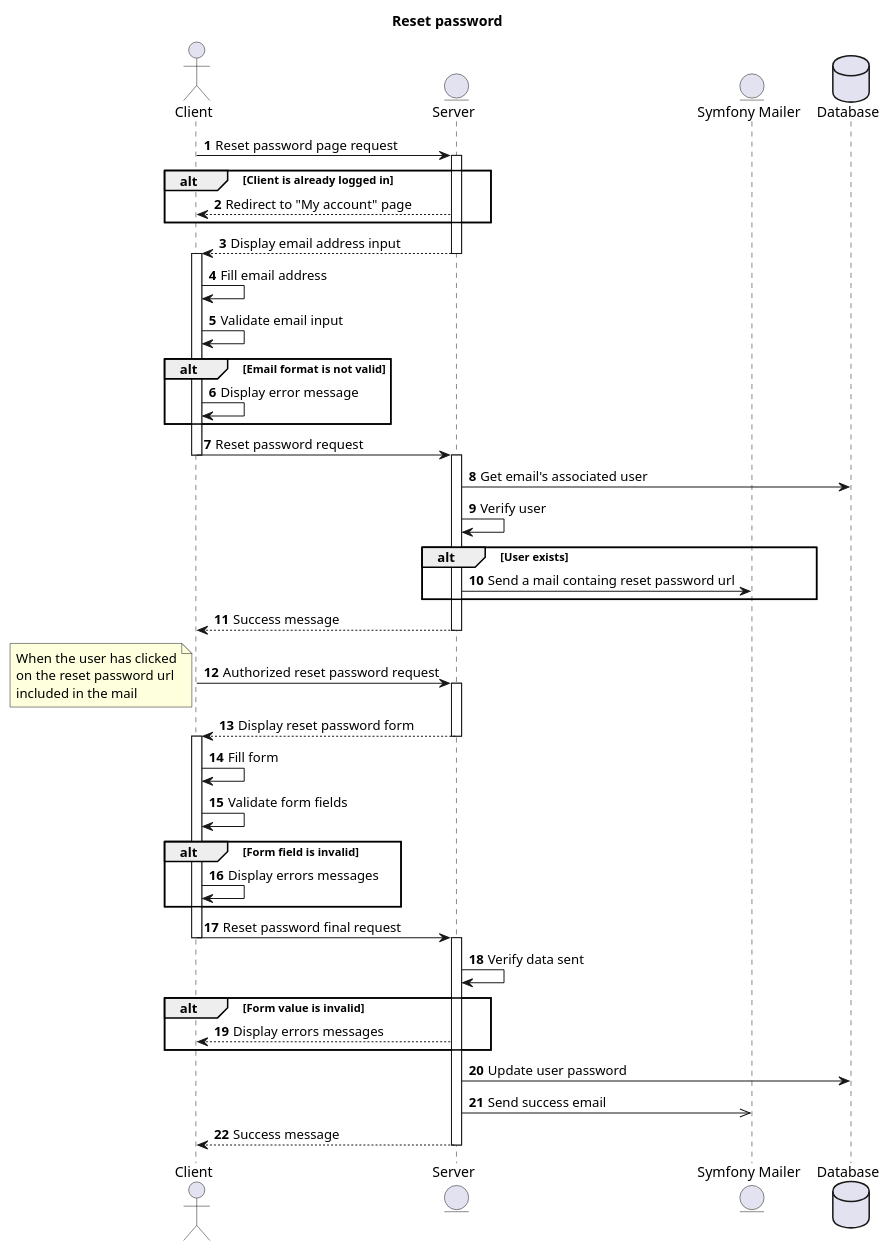
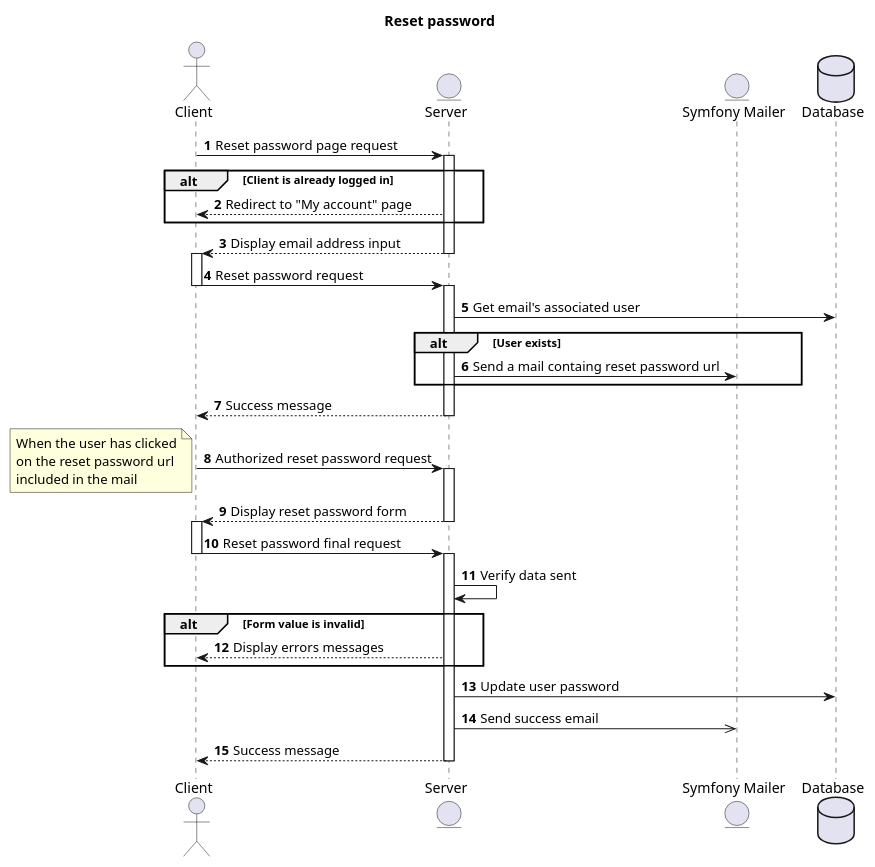
The diagram in docs/puml/sequence/security/reset_password.puml (acecconato/AnthonyCecconato_5_18102021), drawn with PlantUML before and after one commit. The commit also changed 9 other files, not shown here.

```diff
--- a/docs/puml/sequence/security/reset_password.puml
+++ b/docs/puml/sequence/security/reset_password.puml
@@ -1,93 +1,76 @@
 @startuml
 
 title Reset password
 autonumber
 
 actor Client
-entity Server 
+entity Server
 entity "Symfony Mailer" as SymfonyMailer
-Database Database 
+Database Database
 
 Client -> Server : Reset password page request
 
 activate Server
 
 alt Client is already logged in
     Server --> Client : Redirect to "My account" page
 end
 
 Server --> Client : Display email address input
 
 deactivate Server
 
 activate Client
 
-Client -> Client : Fill email address
-Client -> Client : Validate email input
-
-alt Email format is not valid
-    Client -> Client : Display error message
-end
-
-Client -> Server : Reset password request 
+Client -> Server : Reset password request
 
 deactivate Client
 
 activate Server
 
 Server -> Database : Get email's associated user
-
-Server -> Server : Verify user
 
 alt User exists
     Server -> SymfonyMailer : Send a mail containg reset password url
 end
 
 Server --> Client : Success message
 
 deactivate Server
 
 Client -> Server : Authorized reset password request
 note left
 When the user has clicked
 on the reset password url
 included in the mail
 end note
 
 activate Server
 
 Server --> Client : Display reset password form
 
 deactivate Server
 
 activate Client
 
-Client -> Client : Fill form
-
-Client -> Client : Validate form fields
-
-alt Form field is invalid 
-    Client -> Client : Display errors messages
-end
-
 Client -> Server : Reset password final request
 
 deactivate Client
 
 activate Server
 
 Server -> Server : Verify data sent
 
-alt Form value is invalid 
+alt Form value is invalid
     Server --> Client : Display errors messages
 end
 
 Server -> Database : Update user password
 
 Server ->> SymfonyMailer :  Send success email
 
 Server --> Client : Success message
 
 deactivate Server
 
 @enduml
```
